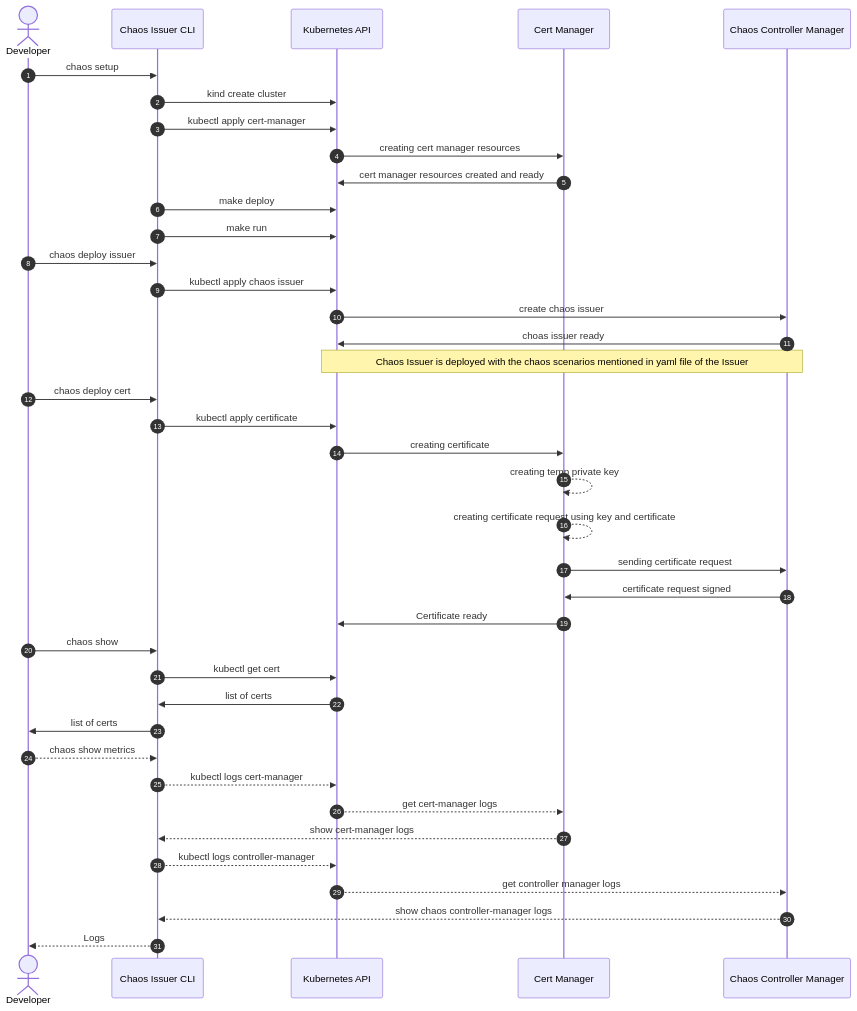
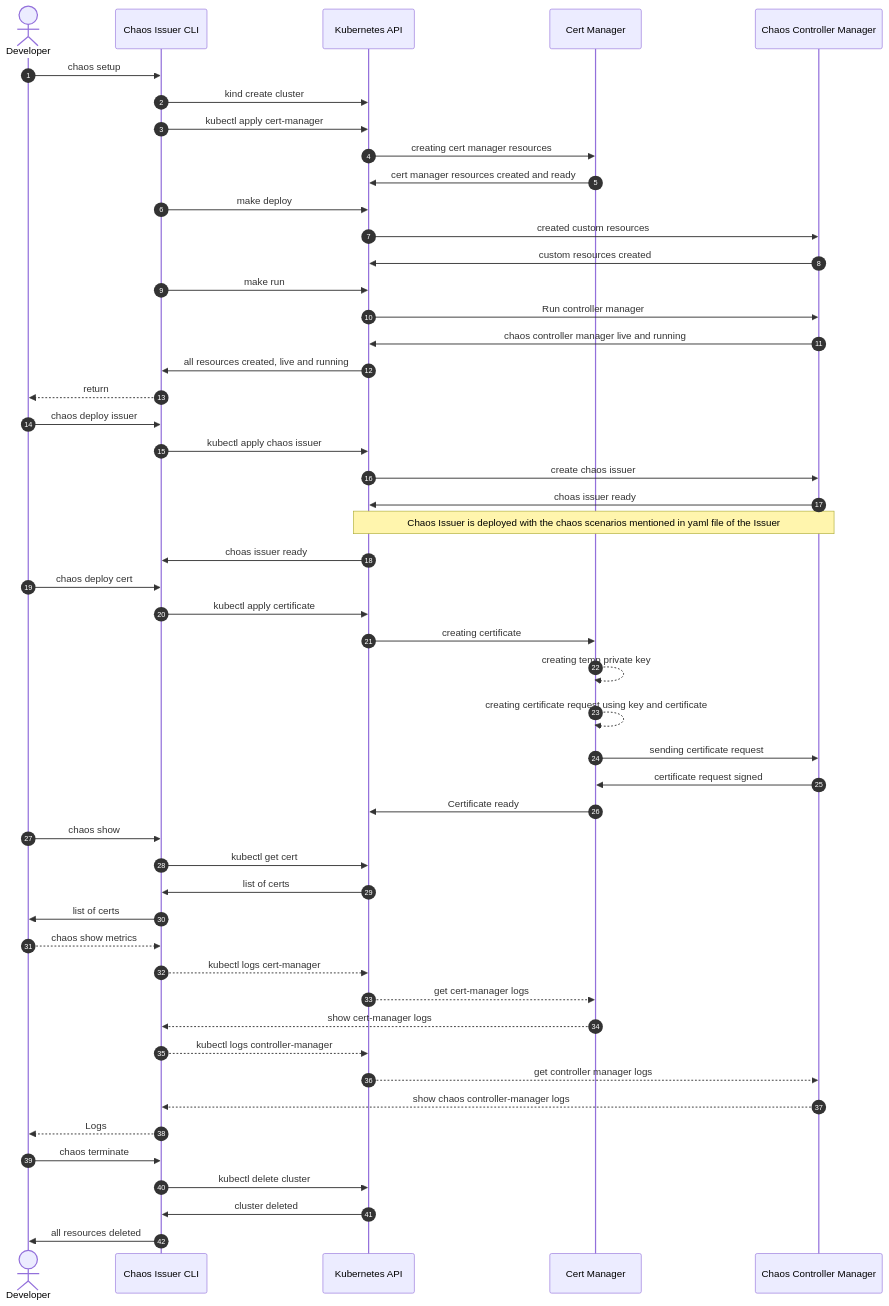
One commit to kxk-4498/venafi-test-wizard changed the diagram in sequence.md. Above: the diagram before and after it, drawn with Mermaid.

Commit message:
updated sequence diagram

````diff
--- a/sequence.md
+++ b/sequence.md
@@ -18,41 +18,52 @@
 ```mermaid
 sequenceDiagram
     actor Developer
     autonumber
     participant Chaos Issuer CLI
     participant Kubernetes API
     participant Cert Manager
     participant Chaos Controller Manager
     Developer->>Chaos Issuer CLI:chaos setup
     Chaos Issuer CLI->>Kubernetes API:kind create cluster
     Chaos Issuer CLI->>Kubernetes API:kubectl apply cert-manager
     Kubernetes API->>Cert Manager:creating cert manager resources
     Cert Manager->>Kubernetes API:cert manager resources created and ready
     Chaos Issuer CLI->>Kubernetes API:make deploy
+    Kubernetes API->>Chaos Controller Manager:created custom resources
+    Chaos Controller Manager->>Kubernetes API:custom resources created
     Chaos Issuer CLI->>Kubernetes API:make run
+    Kubernetes API->>Chaos Controller Manager:Run controller manager
+    Chaos Controller Manager->>Kubernetes API:chaos controller manager live and running
+    Kubernetes API->>Chaos Issuer CLI:all resources created, live and running
+    Chaos Issuer CLI-->>Developer:return
     Developer->>Chaos Issuer CLI:chaos deploy issuer
     Chaos Issuer CLI->>Kubernetes API:kubectl apply chaos issuer
     Kubernetes API->>Chaos Controller Manager:create chaos issuer
     Chaos Controller Manager->>Kubernetes API:choas issuer ready
     Note over Kubernetes API, Chaos Controller Manager:Chaos Issuer is deployed with the chaos scenarios mentioned in yaml file of the Issuer
+    Kubernetes API->>Chaos Issuer CLI:choas issuer ready
     Developer->>Chaos Issuer CLI:chaos deploy cert
     Chaos Issuer CLI->>Kubernetes API:kubectl apply certificate
     Kubernetes API->>Cert Manager:creating certificate
     Cert Manager-->>Cert Manager:creating temp private key
     Cert Manager-->>Cert Manager:creating certificate request using key and certificate
     Cert Manager->>Chaos Controller Manager:sending certificate request
     Chaos Controller Manager->>Cert Manager:certificate request signed
     Cert Manager->>Kubernetes API:Certificate ready
     Developer->>Chaos Issuer CLI:chaos show
     Chaos Issuer CLI->>Kubernetes API:kubectl get cert
     Kubernetes API->>Chaos Issuer CLI:list of certs
     Chaos Issuer CLI->>Developer:list of certs
     Developer-->>Chaos Issuer CLI:chaos show metrics
     Chaos Issuer CLI-->>Kubernetes API:kubectl logs cert-manager
     Kubernetes API-->>Cert Manager:get cert-manager logs
     Cert Manager-->>Chaos Issuer CLI: show cert-manager logs
     Chaos Issuer CLI-->>Kubernetes API:kubectl logs controller-manager
     Kubernetes API-->>Chaos Controller Manager:get controller manager logs
     Chaos Controller Manager-->>Chaos Issuer CLI: show chaos controller-manager logs
     Chaos Issuer CLI-->>Developer: Logs
+    Developer->>Chaos Issuer CLI:chaos terminate
+    Chaos Issuer CLI->>Kubernetes API: kubectl delete cluster
+    Kubernetes API->>Chaos Issuer CLI: cluster deleted
+    Chaos Issuer CLI->>Developer: all resources deleted
 ```
````
